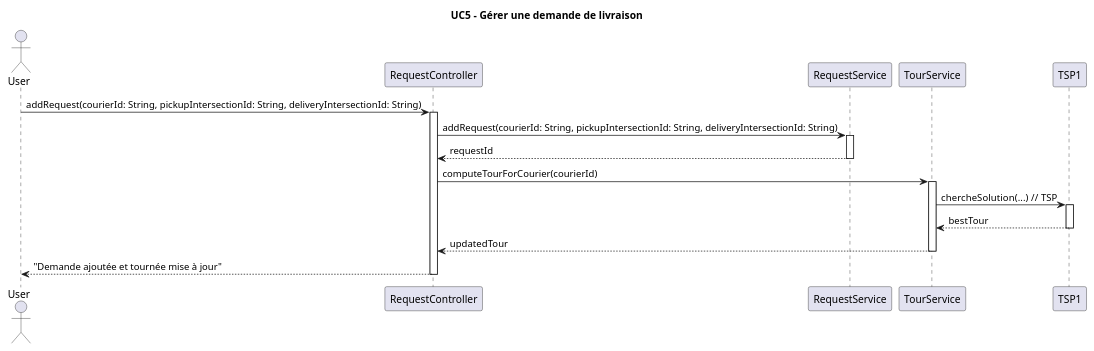
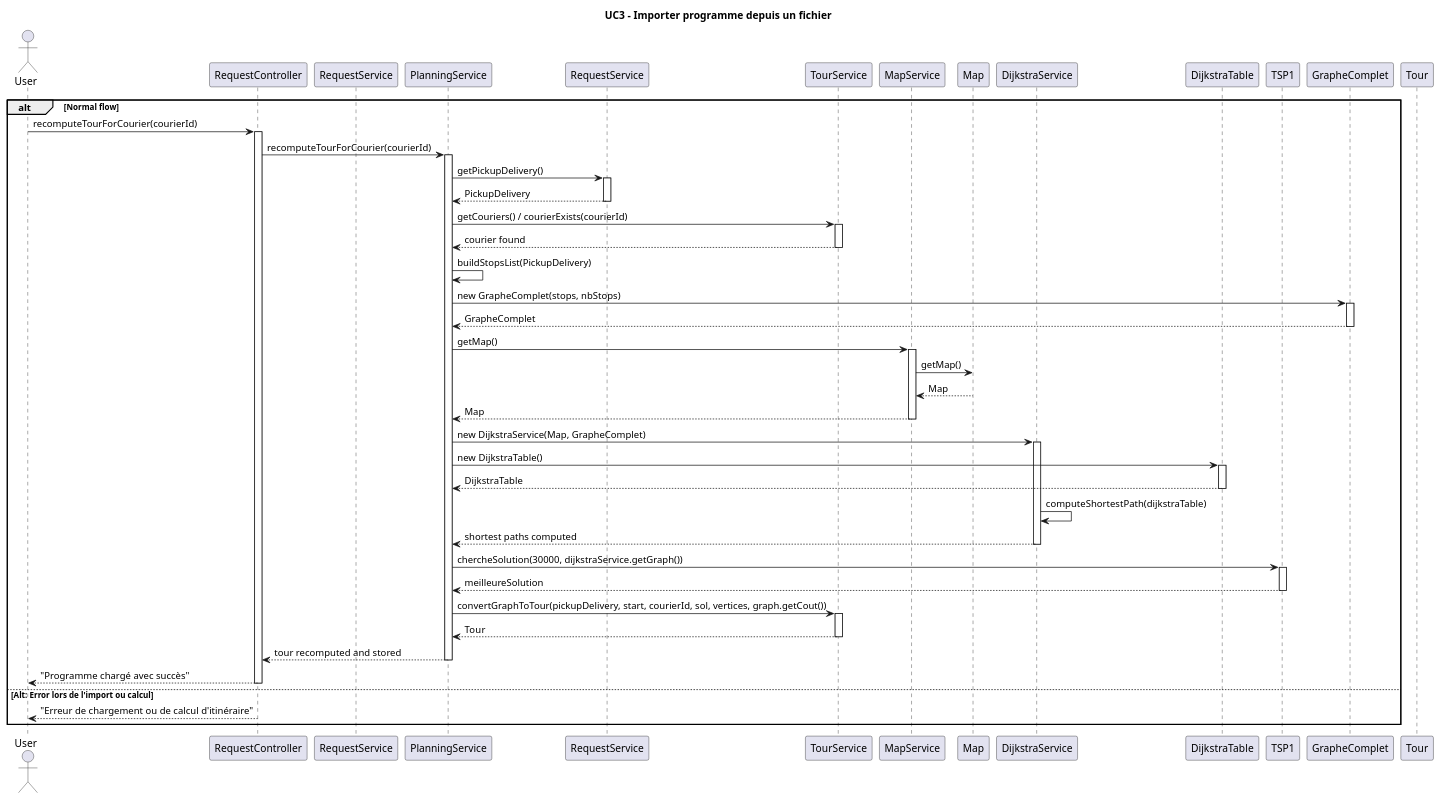
One commit to enzo-dosanjos/Pickup_Delivery_App changed the diagram in diagrams/diagramUC5.plantuml. Above: the diagram before and after it, drawn with PlantUML. The commit also changed 13 other files, not shown here.

```diff
--- a/diagrams/diagramUC5.plantuml
+++ b/diagrams/diagramUC5.plantuml
@@ -1,28 +1,82 @@
 @startuml
-title UC5 - Gérer une demande de livraison
+title UC3 – Importer programme depuis un fichier
 
 actor User
 participant "RequestController" as RC
 participant "RequestService" as RS
+participant "PlanningService" as PS
+participant "RequestService" as RS2
 participant "TourService" as TS
+participant "MapService" as MS
+participant "Map" as MAP
+participant "DijkstraService" as DS
+participant "DijkstraTable" as DT
+participant "TSP1" as TSP
+participant "GrapheComplet" as GC
+participant "Tour" as TOUR
 
-User -> RC : addRequest(courierId: String, pickupIntersectionId: String, deliveryIntersectionId: String)
-activate RC
+alt Normal flow
+    User -> RC : recomputeTourForCourier(courierId)
+    activate RC
 
-RC -> RS : addRequest(courierId: String, pickupIntersectionId: String, deliveryIntersectionId: String)
-activate RS
-RS --> RC : requestId
-deactivate RS
+    RC -> PS : recomputeTourForCourier(courierId)
+    activate PS
 
-RC -> TS : computeTourForCourier(courierId)
-activate TS
-TS -> TSP1 : chercheSolution(...)  // TSP
-activate TSP1
-TSP1 --> TS : bestTour
-deactivate TSP1
-TS --> RC : updatedTour
-deactivate TS
+        PS -> RS2 : getPickupDelivery()
+        activate RS2
+        RS2 --> PS : PickupDelivery
+        deactivate RS2
 
-RC --> User : "Demande ajoutée et tournée mise à jour"
-deactivate RC
+        PS -> TS : getCouriers() / courierExists(courierId)
+        activate TS
+        TS --> PS : courier found
+        deactivate TS
+
+        ' ---------- BUILD GRAPH ----------
+        PS -> PS : buildStopsList(PickupDelivery)
+        PS -> GC : new GrapheComplet(stops, nbStops)
+        activate GC
+        GC --> PS : GrapheComplet
+        deactivate GC
+
+        ' ---------- DIJKSTRA CALCULATION ----------
+        PS -> MS : getMap()
+        activate MS
+            MS -> MAP : getMap()
+            MAP --> MS : Map
+        MS --> PS : Map
+        deactivate MS
+
+        PS -> DS : new DijkstraService(Map, GrapheComplet)
+        activate DS
+        PS -> DT : new DijkstraTable()
+        activate DT
+        DT --> PS : DijkstraTable
+        deactivate DT
+
+        DS -> DS : computeShortestPath(dijkstraTable)
+        DS --> PS : shortest paths computed
+        deactivate DS
+
+        ' ---------- TSP EXECUTION ----------
+        PS -> TSP : chercheSolution(30000, dijkstraService.getGraph())
+        activate TSP
+        TSP --> PS : meilleureSolution
+        deactivate TSP
+
+        ' ---------- CONVERT TO TOUR ----------
+        PS -> TS : convertGraphToTour(pickupDelivery, start, courierId, sol, vertices, graph.getCout())
+        activate TS
+        TS --> PS : Tour
+        deactivate TS
+
+    PS --> RC : tour recomputed and stored
+    deactivate PS
+
+    RC --> User : "Programme chargé avec succès"
+    deactivate RC
+
+else Alt: Error lors de l'import ou calcul
+    RC --> User : "Erreur de chargement ou de calcul d'itinéraire"
+end
 @enduml
```
